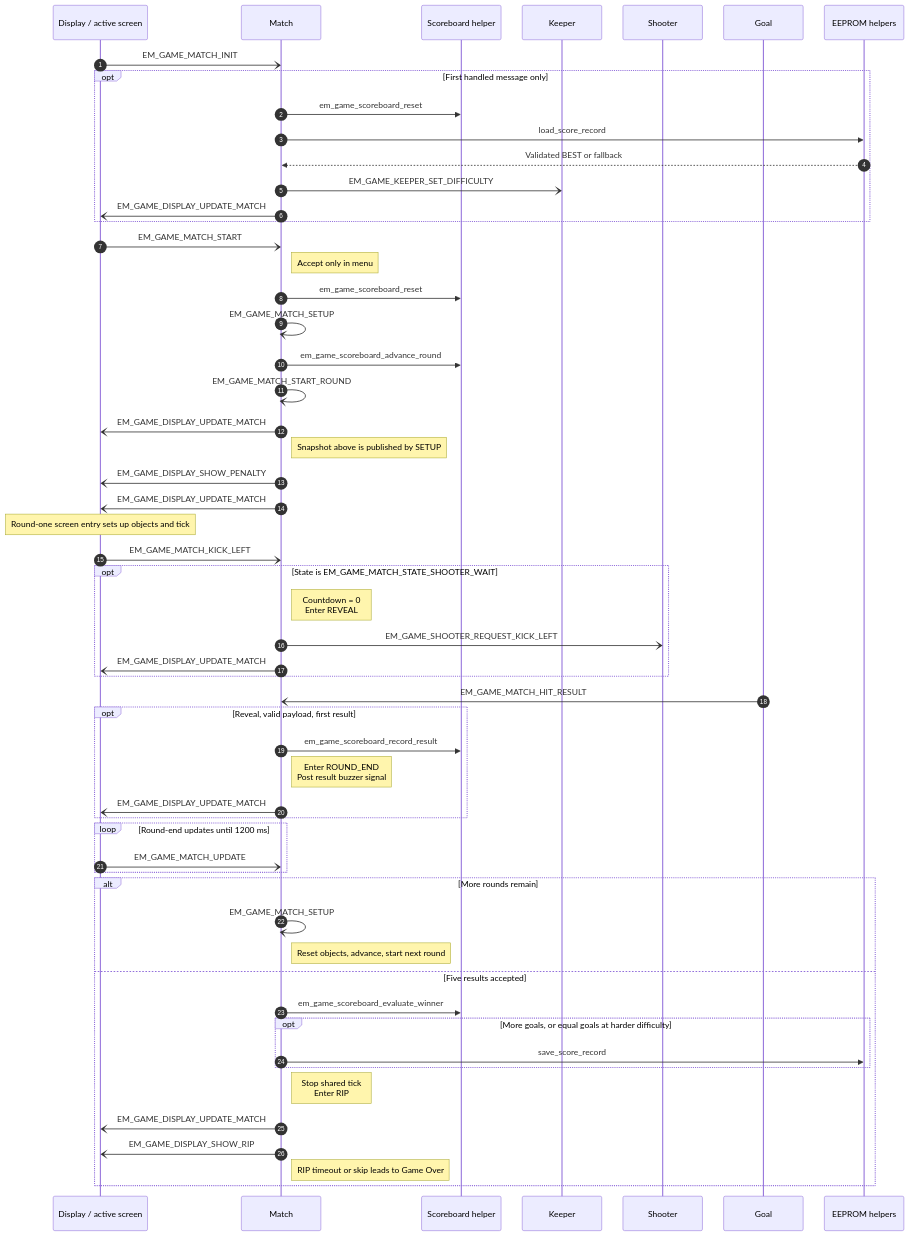
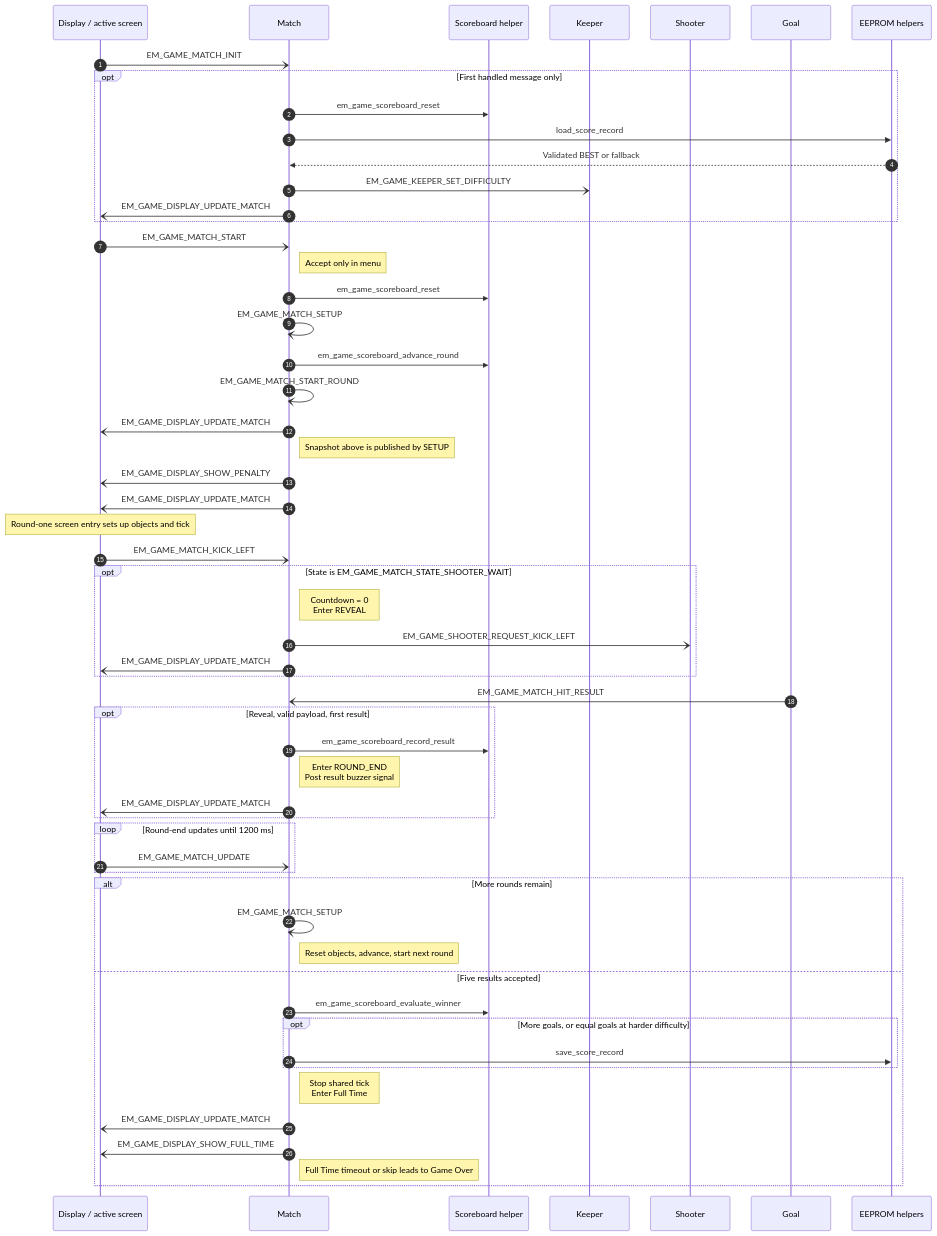
The first of 7 diagrams in docs/02-design-sequence-object.md (caotrongphuoc/11m-game), drawn with Mermaid before and after one commit. The commit also changed other lines of this file and 37 other files, not shown here.

````diff
--- a/docs/02-design-sequence-object.md
+++ b/docs/02-design-sequence-object.md
@@ -82,64 +82,64 @@
 ```mermaid
 %%{init: {"themeVariables": {"fontSize": "16px"}, "sequence": {"actorMargin": 40}}}%%
 sequenceDiagram
     autonumber
     participant Display as Display / active screen
     participant Match
     participant Score as Scoreboard helper
     participant Keeper
     participant Shooter
     participant Goal
     participant Store as EEPROM helpers
 
     Display-)Match: EM_GAME_MATCH_INIT
     opt First handled message only
         Match->>Score: em_game_scoreboard_reset
         Match->>Store: load_score_record
         Store-->>Match: Validated BEST or fallback
         Match-)Keeper: EM_GAME_KEEPER_SET_DIFFICULTY
         Match-)Display: EM_GAME_DISPLAY_UPDATE_MATCH
     end
 
     Display-)Match: EM_GAME_MATCH_START
     Note right of Match: Accept only in menu
     Match->>Score: em_game_scoreboard_reset
     Match-)Match: EM_GAME_MATCH_SETUP
     Match->>Score: em_game_scoreboard_advance_round
     Match-)Match: EM_GAME_MATCH_START_ROUND
     Match-)Display: EM_GAME_DISPLAY_UPDATE_MATCH
     Note right of Match: Snapshot above is published by SETUP
     Match-)Display: EM_GAME_DISPLAY_SHOW_PENALTY
     Match-)Display: EM_GAME_DISPLAY_UPDATE_MATCH
     Note over Display: Round-one screen entry sets up objects and tick
 
     Display-)Match: EM_GAME_MATCH_KICK_LEFT
     opt State is EM_GAME_MATCH_STATE_SHOOTER_WAIT
         Note right of Match: Countdown = 0<br/>Enter REVEAL
         Match-)Shooter: EM_GAME_SHOOTER_REQUEST_KICK_LEFT
         Match-)Display: EM_GAME_DISPLAY_UPDATE_MATCH
     end
 
     Goal-)Match: EM_GAME_MATCH_HIT_RESULT
     opt Reveal, valid payload, first result
         Match->>Score: em_game_scoreboard_record_result
         Note right of Match: Enter ROUND_END<br/>Post result buzzer signal
         Match-)Display: EM_GAME_DISPLAY_UPDATE_MATCH
     end
 
     loop Round-end updates until 1200 ms
         Display-)Match: EM_GAME_MATCH_UPDATE
     end
     alt More rounds remain
         Match-)Match: EM_GAME_MATCH_SETUP
         Note right of Match: Reset objects, advance, start next round
     else Five results accepted
         Match->>Score: em_game_scoreboard_evaluate_winner
         opt More goals, or equal goals at harder difficulty
             Match->>Store: save_score_record
         end
-        Note right of Match: Stop shared tick<br/>Enter RIP
+        Note right of Match: Stop shared tick<br/>Enter Full Time
         Match-)Display: EM_GAME_DISPLAY_UPDATE_MATCH
-        Match-)Display: EM_GAME_DISPLAY_SHOW_RIP
-        Note right of Match: RIP timeout or skip leads to Game Over
+        Match-)Display: EM_GAME_DISPLAY_SHOW_FULL_TIME
+        Note right of Match: Full Time timeout or skip leads to Game Over
     end
 ```
````
